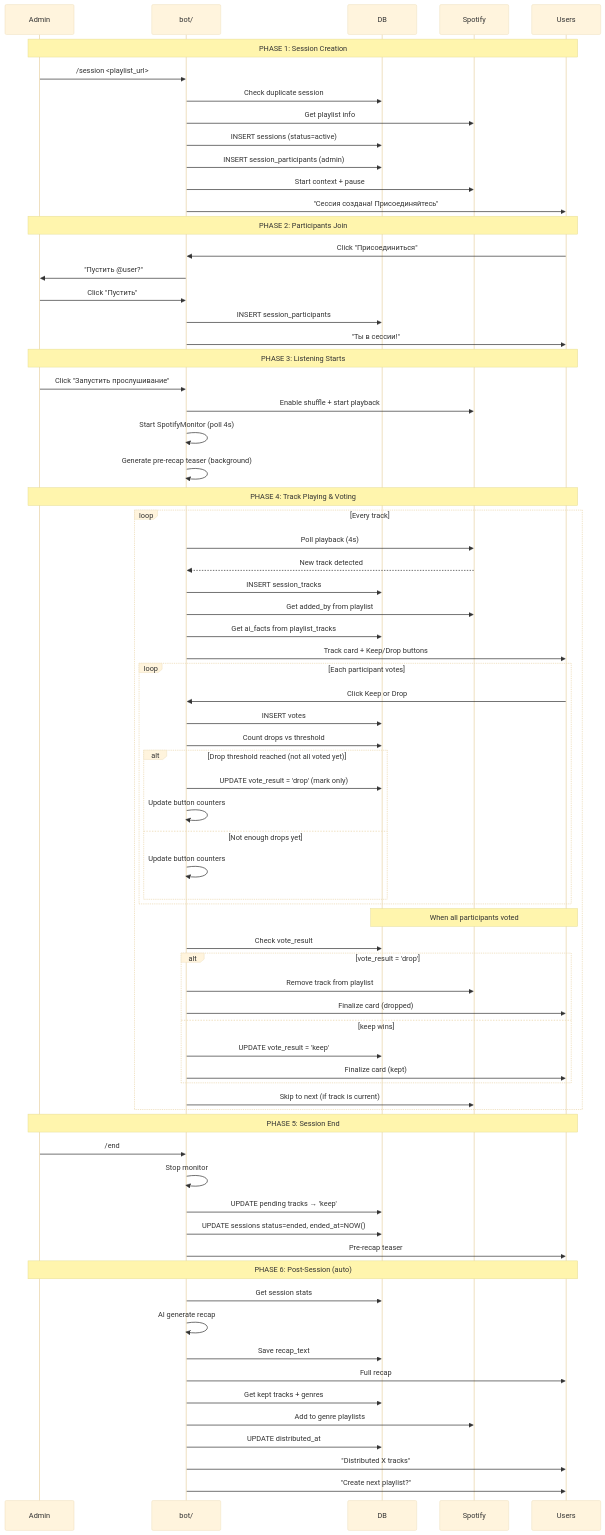
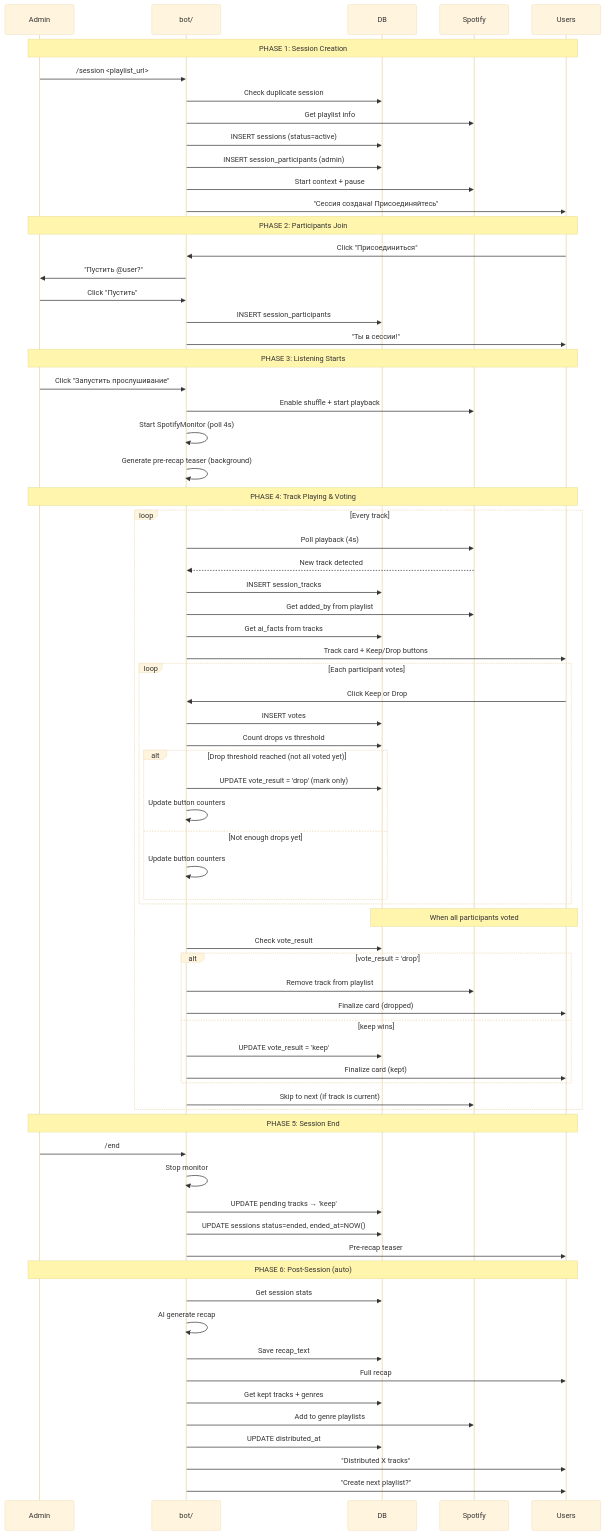
The first of 8 diagrams in docs/architecture/03-flows.md (ndomanovskiy/maspotifybot), drawn with Mermaid (base theme) before and after one commit. The commit also changed 30 other files, not shown here.

```diff
--- a/docs/architecture/03-flows.md
+++ b/docs/architecture/03-flows.md
@@ -38,7 +38,7 @@
         Spotify-->>Bot: New track detected
         Bot->>DB: INSERT session_tracks
         Bot->>Spotify: Get added_by from playlist
-        Bot->>DB: Get ai_facts from playlist_tracks
+        Bot->>DB: Get ai_facts from tracks
         Bot->>Users: Track card + Keep/Drop buttons
 
         loop Each participant votes
```
